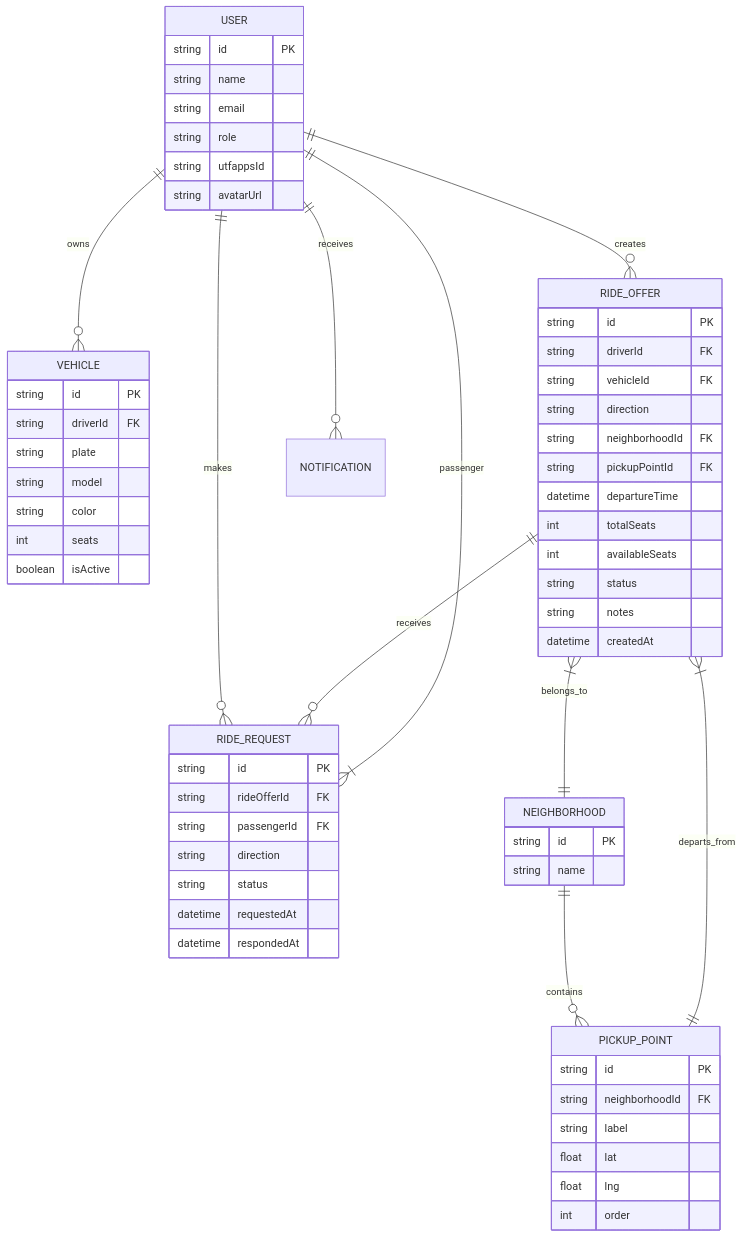
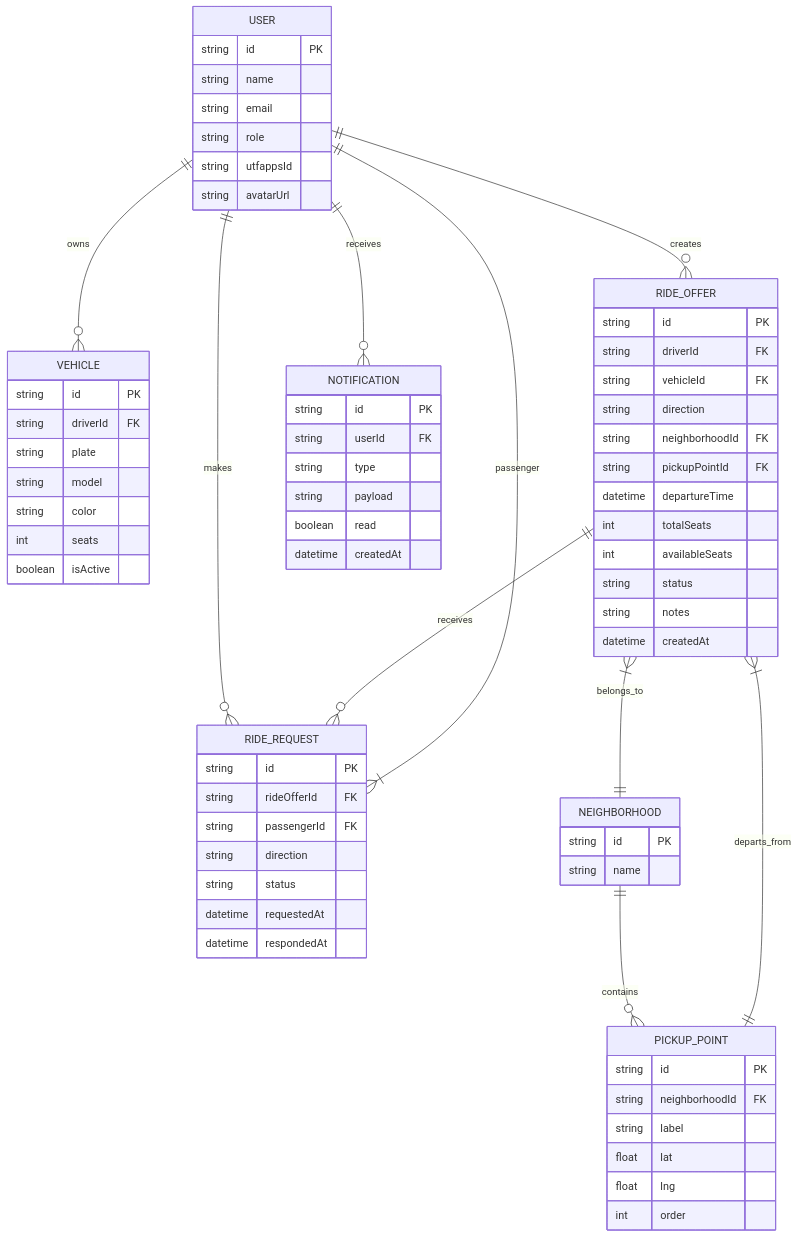
Before and after one commit to gabrielbucz/munte_app: the diagram in docs/architecture.md, drawn with Mermaid. The commit also changed other lines of this file and 1 other file, not shown here.

Commit message:
docs: corrige nomes de models, ER de Notification e título de breakpoints

````diff
--- a/docs/architecture.md
+++ b/docs/architecture.md
@@ -135,70 +135,79 @@
 ```mermaid
 erDiagram
     USER ||--o{ VEHICLE : owns
     USER ||--o{ RIDE_OFFER : creates
     USER ||--o{ RIDE_REQUEST : makes
     USER ||--o{ NOTIFICATION : receives
     USER {
         string id PK
         string name
         string email
         string role
         string utfappsId
         string avatarUrl
     }
 
     VEHICLE {
         string id PK
         string driverId FK
         string plate
         string model
         string color
         int seats
         boolean isActive
     }
 
     RIDE_OFFER ||--o{ RIDE_REQUEST : receives
     RIDE_OFFER {
         string id PK
         string driverId FK
         string vehicleId FK
         string direction
         string neighborhoodId FK
         string pickupPointId FK
         datetime departureTime
         int totalSeats
         int availableSeats
         string status
         string notes
         datetime createdAt
     }
 
     RIDE_REQUEST {
         string id PK
         string rideOfferId FK
         string passengerId FK
         string direction
         string status
         datetime requestedAt
         datetime respondedAt
     }
 
     NEIGHBORHOOD ||--o{ PICKUP_POINT : contains
     NEIGHBORHOOD {
         string id PK
         string name
     }
 
     PICKUP_POINT {
         string id PK
         string neighborhoodId FK
         string label
         float lat
         float lng
         int order
     }
 
+    NOTIFICATION {
+        string id PK
+        string userId FK
+        string type
+        string payload
+        boolean read
+        datetime createdAt
+    }
+
     RIDE_OFFER }|--|| NEIGHBORHOOD : belongs_to
     RIDE_OFFER }|--|| PICKUP_POINT : departs_from
     RIDE_REQUEST }|--|| USER : passenger
 ```
````
